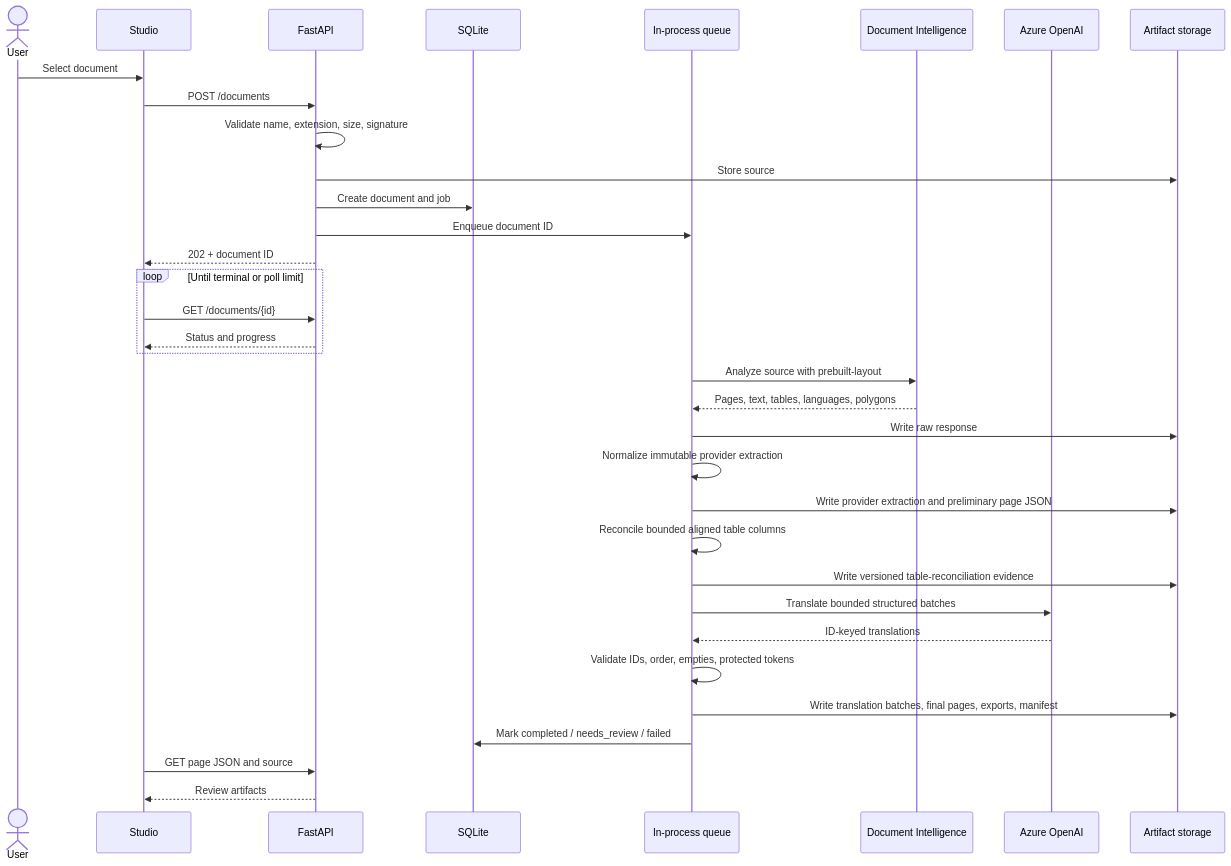
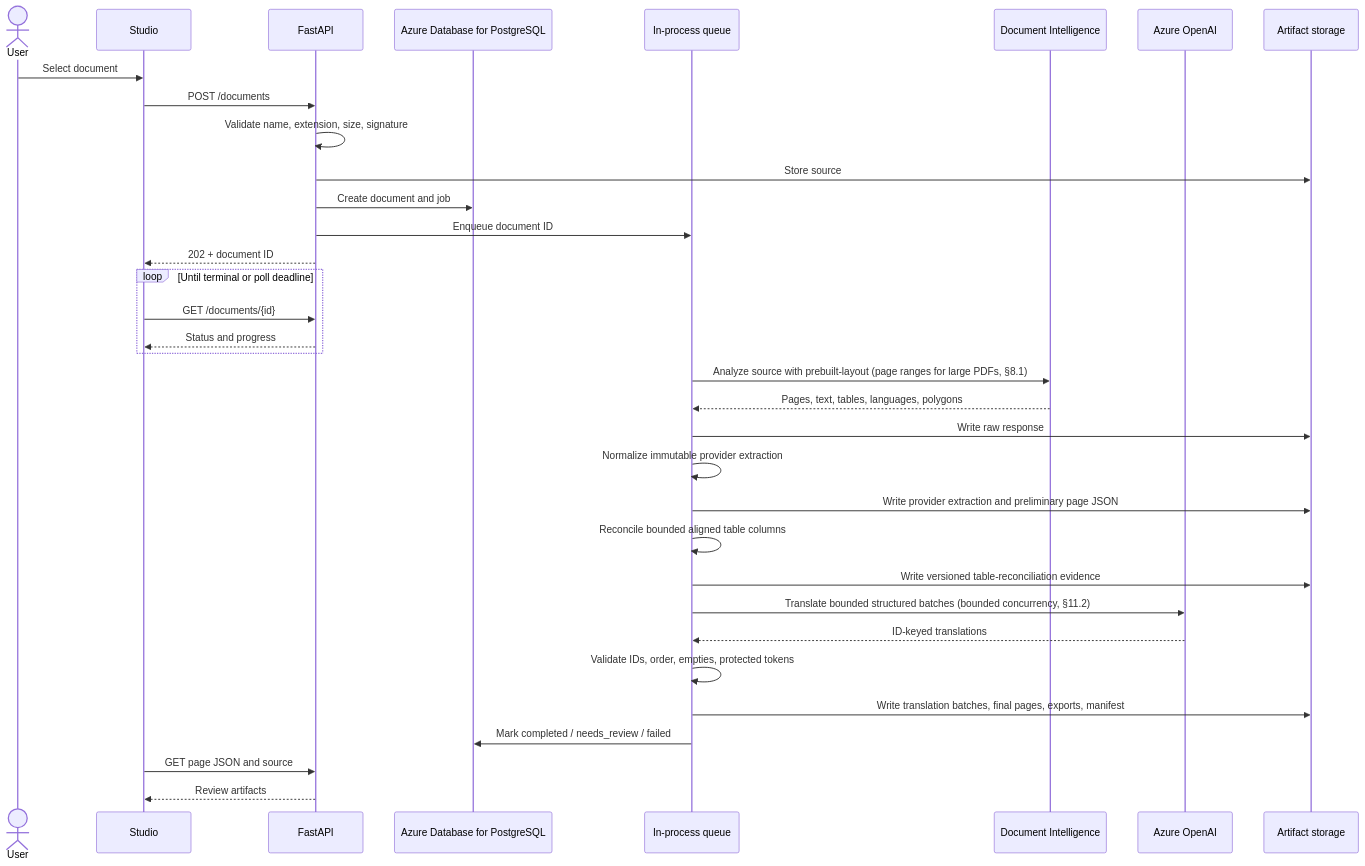
One commit to Vishwas2311/document-extractor-translator- changed the second of 6 diagrams in docs/ARCHITECTURE.md. Above: the diagram before and after it, drawn with Mermaid. The commit also changed other lines of this file and 10 other files, not shown here.

````diff
--- a/docs/ARCHITECTURE.md
+++ b/docs/ARCHITECTURE.md
@@ -177,37 +194,37 @@
 ```mermaid
 sequenceDiagram
     actor User
     participant UI as Studio
     participant API as FastAPI
-    participant DB as SQLite
+    participant DB as Azure Database for PostgreSQL
     participant Q as In-process queue
     participant DI as Document Intelligence
     participant AI as Azure OpenAI
     participant FS as Artifact storage
 
     User->>UI: Select document
     UI->>API: POST /documents
     API->>API: Validate name, extension, size, signature
     API->>FS: Store source
     API->>DB: Create document and job
     API->>Q: Enqueue document ID
     API-->>UI: 202 + document ID
-    loop Until terminal or poll limit
+    loop Until terminal or poll deadline
         UI->>API: GET /documents/{id}
         API-->>UI: Status and progress
     end
-    Q->>DI: Analyze source with prebuilt-layout
+    Q->>DI: Analyze source with prebuilt-layout (page ranges for large PDFs, §8.1)
     DI-->>Q: Pages, text, tables, languages, polygons
     Q->>FS: Write raw response
     Q->>Q: Normalize immutable provider extraction
     Q->>FS: Write provider extraction and preliminary page JSON
     Q->>Q: Reconcile bounded aligned table columns
     Q->>FS: Write versioned table-reconciliation evidence
-    Q->>AI: Translate bounded structured batches
+    Q->>AI: Translate bounded structured batches (bounded concurrency, §11.2)
     AI-->>Q: ID-keyed translations
     Q->>Q: Validate IDs, order, empties, protected tokens
     Q->>FS: Write translation batches, final pages, exports, manifest
     Q->>DB: Mark completed / needs_review / failed
     UI->>API: GET page JSON and source
     API-->>UI: Review artifacts
 ```
````
